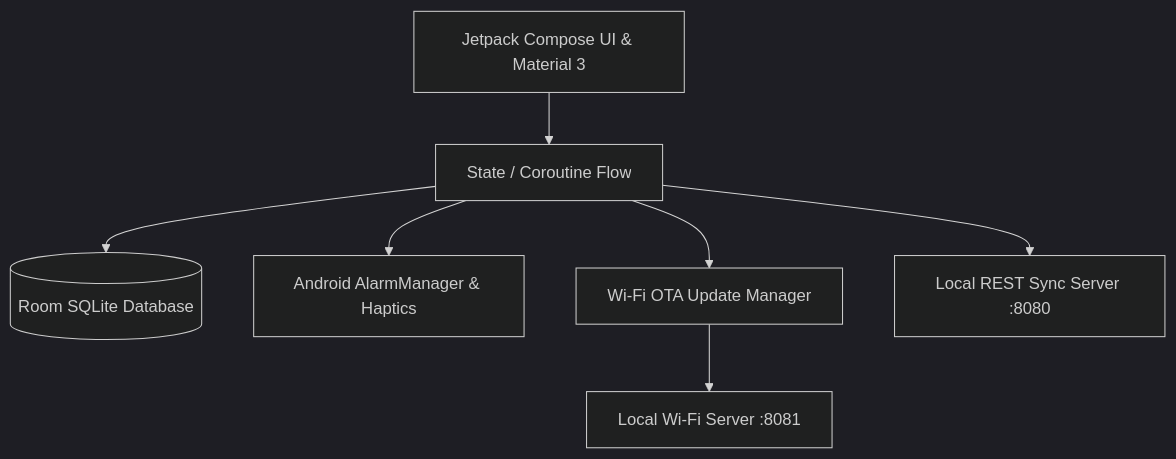
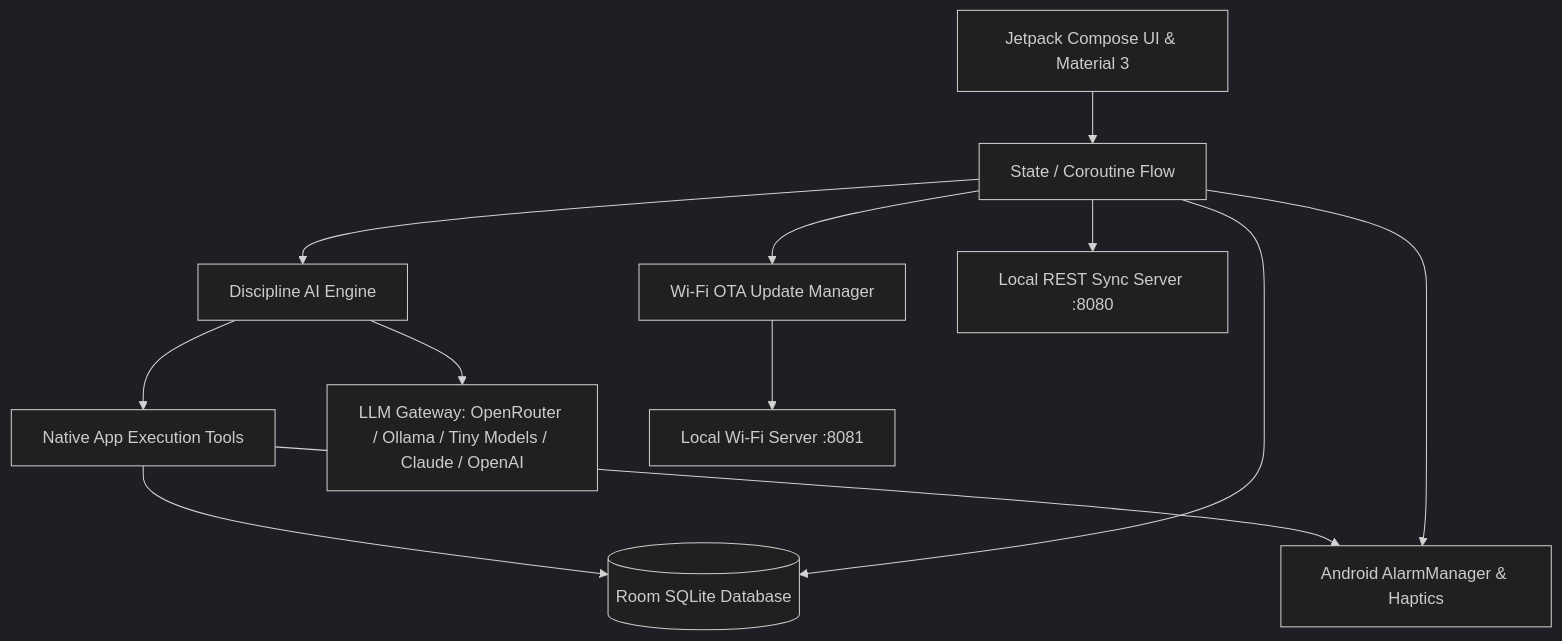
One commit to Developer-For-Git/DisciplineOS changed the diagram in README.md. Above: the diagram before and after it, drawn with Mermaid (dark theme). The commit also changed other lines of this file and 5 other files, not shown here.

Commit message:
docs: showcase Discipline AI, Tiny Models Catalog & Past Days Audit in README

````diff
--- a/README.md
+++ b/README.md
@@ -102,9 +149,14 @@
 ```mermaid
 flowchart TD
     UI[Jetpack Compose UI & Material 3] --> VM[State / Coroutine Flow]
-    VM --> DB[(Room SQLite Database)]
-    VM --> ALARM[Android AlarmManager & Haptics]
+    VM --> AI[Discipline AI Engine]
+    AI --> TOOLS[Native App Execution Tools]
+    TOOLS --> DB[(Room SQLite Database)]
+    TOOLS --> ALARM[Android AlarmManager & Haptics]
+    AI --> LLM[LLM Gateway: OpenRouter / Ollama / Tiny Models / Claude / OpenAI]
+    VM --> DB
+    VM --> ALARM
     VM --> OTA[Wi-Fi OTA Update Manager]
     OTA --> SERVER[Local Wi-Fi Server :8081]
     VM --> REST[Local REST Sync Server :8080]
 ```
````
